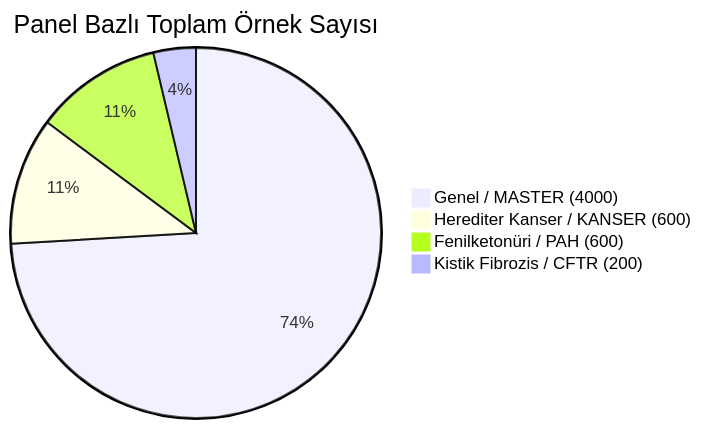
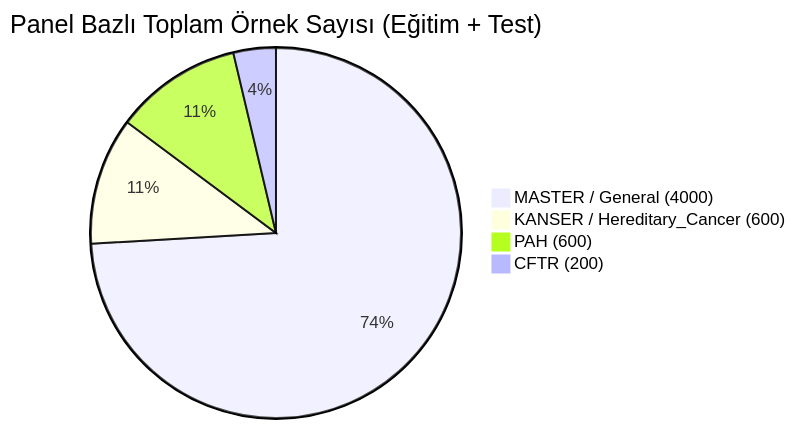
One commit to msgxr/VARIANT-GNN changed the fifth of 6 diagrams in README.md. Above: the diagram before and after it, drawn with Mermaid. The commit also changed other lines of this file, not shown here.

````diff
--- a/README.md
+++ b/README.md
@@ -207,7 +219,7 @@
 ```mermaid
-pie title Panel Bazlı Toplam Örnek Sayısı
-    "Genel / MASTER (4000)" : 4000
-    "Herediter Kanser / KANSER (600)" : 600
-    "Fenilketonüri / PAH (600)" : 600
-    "Kistik Fibrozis / CFTR (200)" : 200
+pie title Panel Bazlı Toplam Örnek Sayısı (Eğitim + Test)
+    "MASTER / General (4000)" : 4000
+    "KANSER / Hereditary_Cancer (600)" : 600
+    "PAH (600)" : 600
+    "CFTR (200)" : 200
 ```
````
